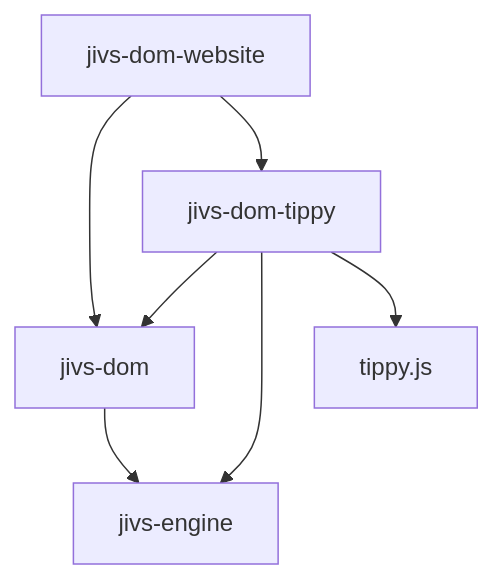
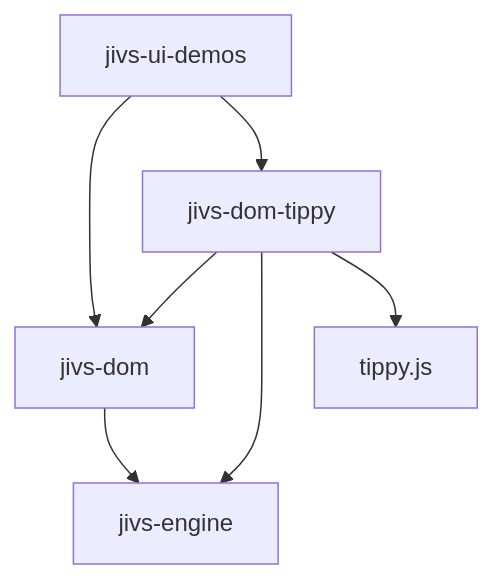
One commit to plblum/jivs changed diagram 14 of 14 in planning/Jivs-DOM_Implementation_Design.md. Above: the diagram before and after it, drawn with Mermaid. The commit also changed other lines of this file and 10 other files, not shown here.

````diff
--- a/planning/Jivs-DOM_Implementation_Design.md
+++ b/planning/Jivs-DOM_Implementation_Design.md
@@ -5470,15 +5470,15 @@
 ```mermaid
 flowchart TB
-    WEBSITE["jivs-dom-website"]
+    WEBSITE["jivs-ui-demos"]
     TIPPY["jivs-dom-tippy"]
     DOM["jivs-dom"]
     ENGINE["jivs-engine"]
     TIPPYJS["tippy.js"]
 
     WEBSITE --> DOM
     WEBSITE --> TIPPY
     TIPPY --> DOM
     TIPPY --> ENGINE
     TIPPY --> TIPPYJS
     DOM --> ENGINE
 ```
````
